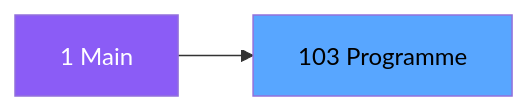
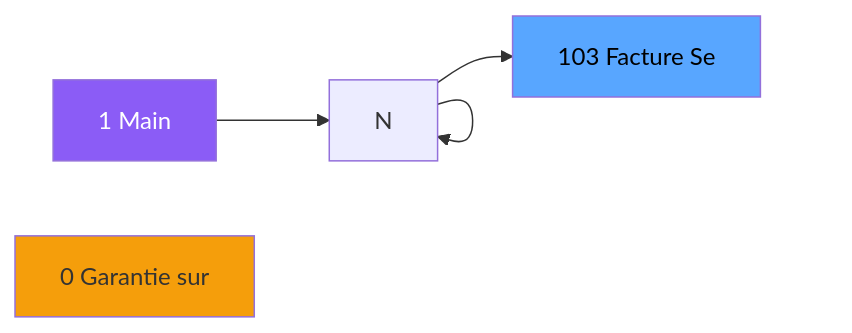
The second of 3 diagrams in .openspec/specs/ADH-IDE-103.md (thonyAGP/magic-migration), drawn with Mermaid before and after one commit. The commit also changed other lines of this file and 323 other files, not shown here.

````diff
--- a/.openspec/specs/ADH-IDE-103.md
+++ b/.openspec/specs/ADH-IDE-103.md
@@ -105,8 +117,13 @@
 ```mermaid
 graph LR
     M[1 Main]
-    T[103 Programme]
-    M --> T
+    N0[0 Garantie sur]
+    T[103 Facture   Se]
+    M --> N
+    N --> N
+    N --> N
+    N --> T
     style M fill:#8b5cf6,color:#fff
+    style N0 fill:#f59e0b
     style T fill:#58a6ff,color:#000
 ```
````
